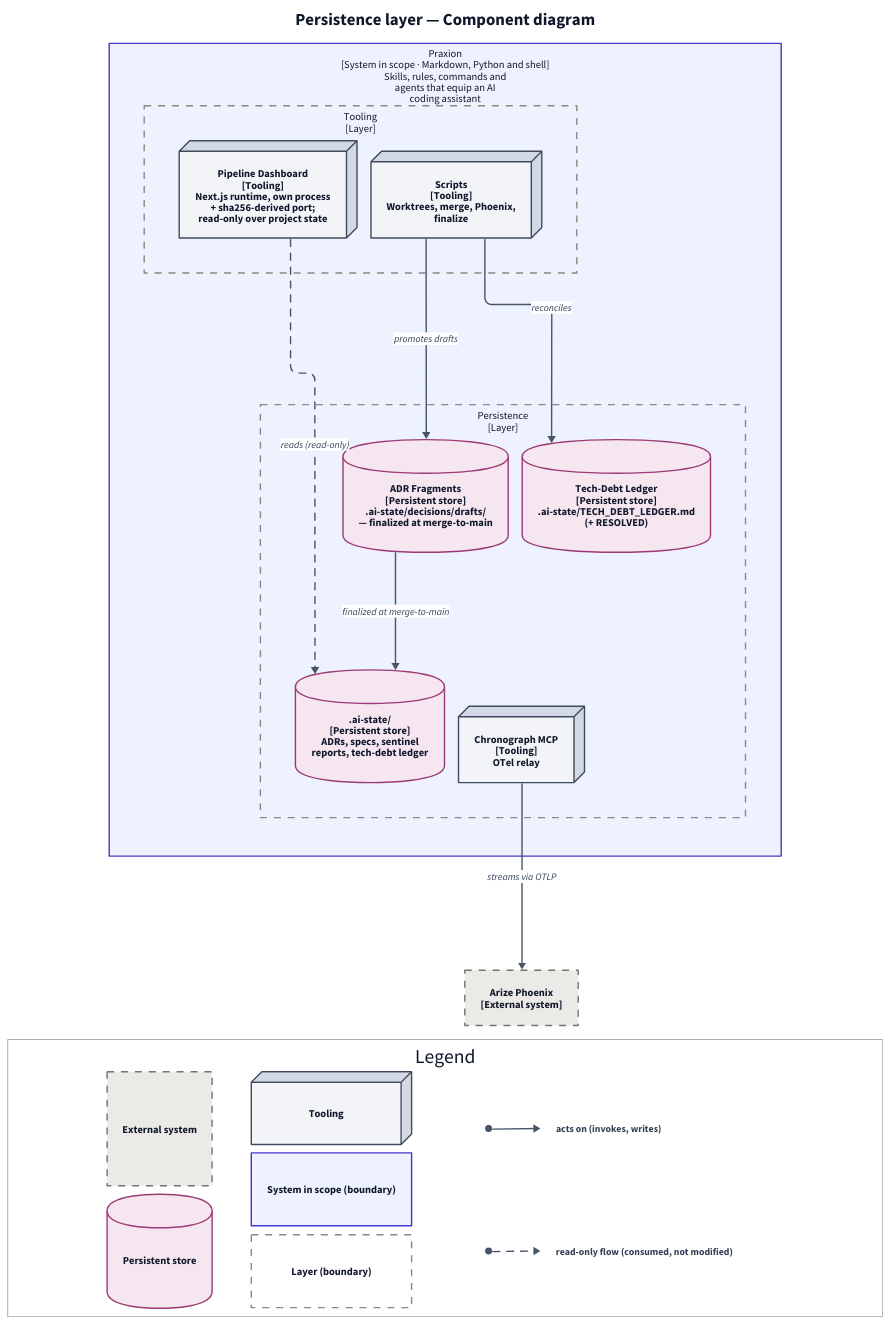
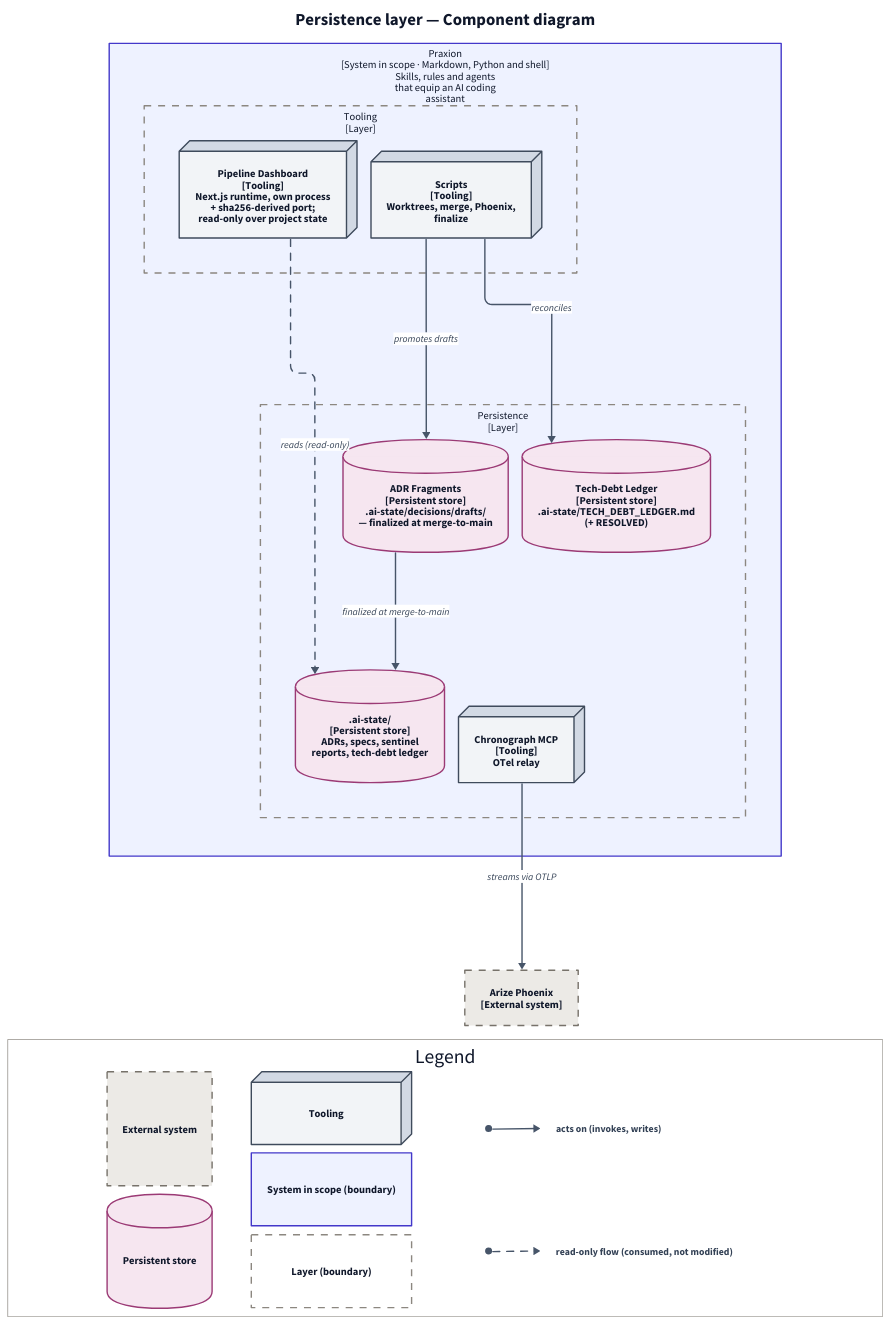
Before and after one commit to francisco-perez-sorrosal/praxion: the diagram in docs/diagrams/architecture/rendered/persistence_components.d2, drawn with D2. The commit also changed 23 other files, not shown here.

First line of the commit message:
Remove the commands element from the architecture model, the design document and the developer guide

```diff
--- a/docs/diagrams/architecture/rendered/persistence_components.d2
+++ b/docs/diagrams/architecture/rendered/persistence_components.d2
@@ -99,7 +99,7 @@
   class: category_external_system
 }
 "el_praxion": {
-  label: "Praxion\n[System in scope · Markdown, Python and shell]\nSkills, rules, commands and\nagents that equip an AI\ncoding assistant"
+  label: "Praxion\n[System in scope · Markdown, Python and shell]\nSkills, rules and agents\nthat equip an AI coding\nassistant"
   class: category_system_in_scope_frame
   "el_praxion.persistence": {
     label: "Persistence\n[Layer]"
```
